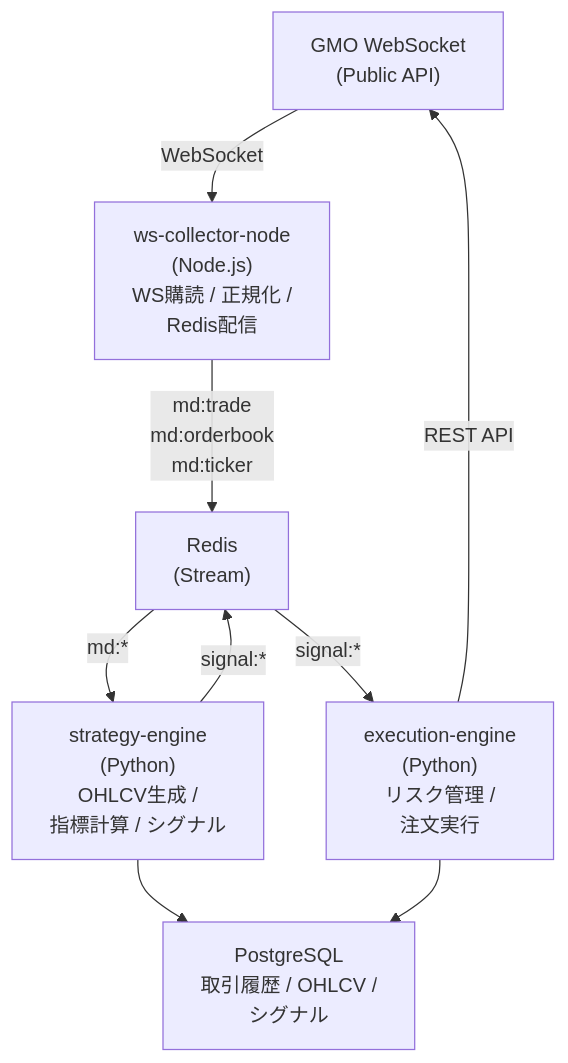
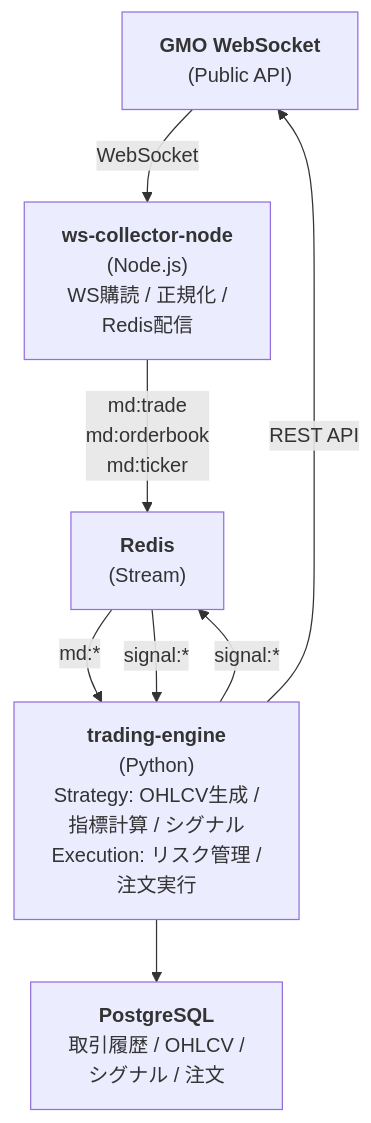
The diagram in docs/architecture/01_architecture.md (kinmapping/alpha-market-engine), drawn with Mermaid before and after one commit. The commit also changed other lines of this file and 3 other files, not shown here.

````diff
--- a/docs/architecture/01_architecture.md
+++ b/docs/architecture/01_architecture.md
@@ -26,18 +26,16 @@
 ```mermaid
 graph TB
-    GMO["GMO WebSocket<br/>(Public API)"]
-    WS["ws-collector-node<br/>(Node.js)<br/>WS購読 / 正規化 / <br/>Redis配信"]
-    Redis["Redis<br/>(Stream)"]
-    Strategy["strategy-engine<br/>(Python)<br/>OHLCV生成 / <br/>指標計算 / シグナル"]
-    Execution["execution-engine<br/>(Python)<br/>リスク管理 / <br/>注文実行"]
-    DB["PostgreSQL<br/>取引履歴 / OHLCV / <br/>シグナル"]
+    GMO["<strong>GMO WebSocket</strong><br/>(Public API)"]
+    WS["<strong>ws-collector-node</strong><br/>(Node.js)<br/>WS購読 / 正規化 / <br/>Redis配信"]
+    Redis["<strong>Redis</strong><br/>(Stream)"]
+    Trading["<strong>trading-engine</strong><br/>(Python)<br/>Strategy: OHLCV生成 / <br/>指標計算 / シグナル<br/>Execution: リスク管理 / <br/>注文実行"]
+    DB["<strong>PostgreSQL</strong><br/>取引履歴 / OHLCV / <br/>シグナル / 注文"]
 
     GMO -->|WebSocket| WS
     WS -->|md:trade<br/>md:orderbook<br/>md:ticker| Redis
-    Redis -->|md:*| Strategy
-    Strategy -->|signal:*| Redis
-    Redis -->|signal:*| Execution
-    Execution -->|REST API| GMO
-    Strategy --> DB
-    Execution --> DB
+    Redis -->|md:*| Trading
+    Trading -->|signal:*| Redis
+    Redis -->|signal:*| Trading
+    Trading -->|REST API| GMO
+    Trading --> DB
 ```
````
